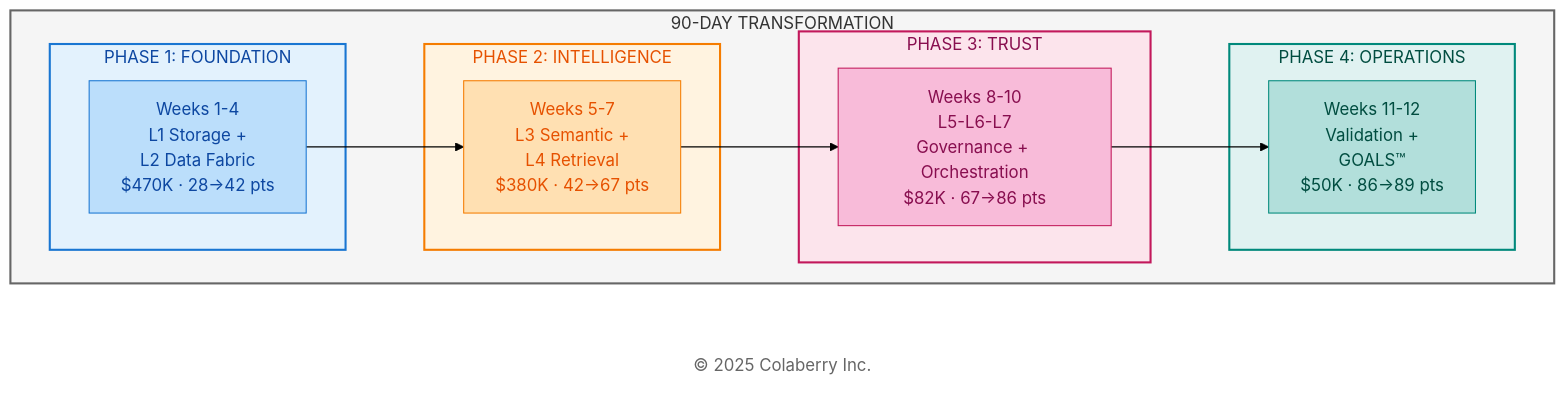
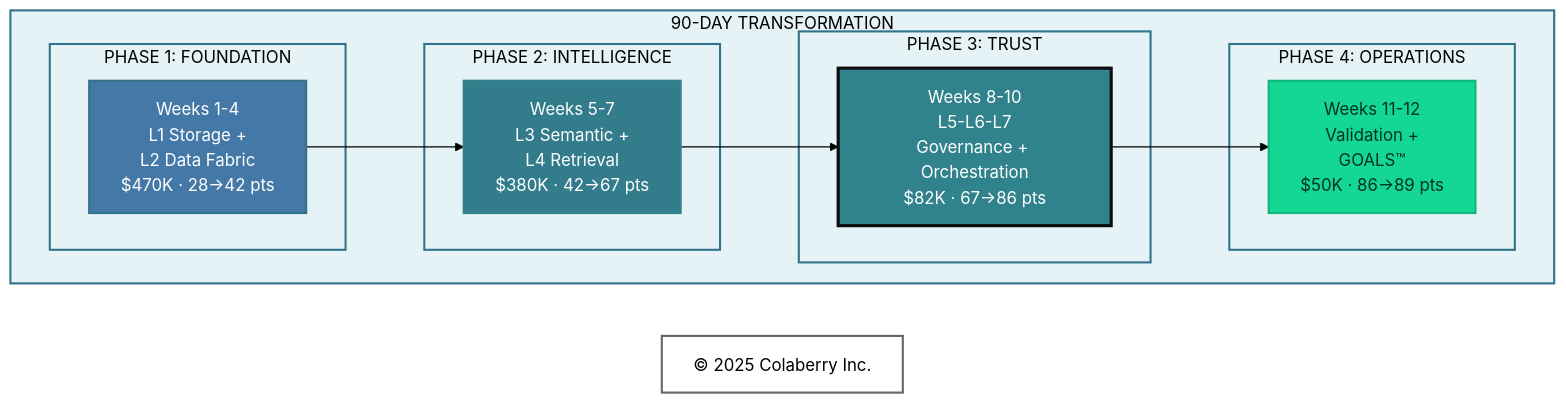
Before and after one commit to colaberry/trust-before-intelligence-book: the second of 7 diagrams in manuscript/11_chapter_10_week_by_week_implementation.md, drawn with Mermaid (forest theme). The commit also changed other lines of this file, not shown here.

Commit message:
Update mermaid diagrams as per new coloberry color and contrast ratio for chapter 11

````diff
--- a/manuscript/11_chapter_10_week_by_week_implementation.md
+++ b/manuscript/11_chapter_10_week_by_week_implementation.md
@@ -95,38 +95,38 @@
 ```mermaid
 
 graph LR
     subgraph JOURNEY["90-DAY TRANSFORMATION"]
         direction LR
         subgraph PHASE1["PHASE 1: FOUNDATION"]
             P1["Weeks 1-4<br/>L1 Storage +<br/> L2 Data Fabric<br/>$470K · 28→42 pts"]
         end
         
         subgraph PHASE2["PHASE 2: INTELLIGENCE"]
             P2["Weeks 5-7<br/>L3 Semantic +<br/> L4 Retrieval<br/>$380K · 42→67 pts"]
         end
         
         subgraph PHASE3["PHASE 3: TRUST"]
             P3["Weeks 8-10<br/>L5-L6-L7<br/>Governance + Orchestration<br/>$82K · 67→86 pts"]
         end
         
         subgraph PHASE4["PHASE 4: OPERATIONS"]
             P4["Weeks 11-12<br/>Validation +<br/> GOALS™<br/>$50K · 86→89 pts"]
         end
     end
     
     Copyright["© 2025 Colaberry Inc."]
     
     P1 --> P2 --> P3 --> P4
     
-    style JOURNEY fill:#f5f5f5,stroke:#666666,stroke-width:2px,color:#333333
-    style PHASE1 fill:#e3f2fd,stroke:#1976d2,stroke-width:2px,color:#0d47a1
-    style PHASE2 fill:#fff3e0,stroke:#f57c00,stroke-width:2px,color:#e65100
-    style PHASE3 fill:#fce4ec,stroke:#c2185b,stroke-width:2px,color:#880e4f
-    style PHASE4 fill:#e0f2f1,stroke:#00897b,stroke-width:2px,color:#004d40
-    style P1 fill:#bbdefb,stroke:#1976d2,color:#0d47a1
-    style P2 fill:#ffe0b2,stroke:#f57c00,color:#e65100
-    style P3 fill:#f8bbd9,stroke:#c2185b,color:#880e4f
-    style P4 fill:#b2dfdb,stroke:#00897b,color:#004d40
-    style Copyright fill:#ffffff,stroke:none,color:#666666
+    style JOURNEY fill:#E6F3F6,stroke:#32738C,stroke-width:2px,color:#000000
+    style PHASE1 fill:#E6F3F6,stroke:#32738C,stroke-width:2px,color:#000000
+    style PHASE2 fill:#E6F3F6,stroke:#32738C,stroke-width:2px,color:#000000
+    style PHASE3 fill:#E6F3F6,stroke:#32738C,stroke-width:2px,color:#000000
+    style PHASE4 fill:#E6F3F6,stroke:#32738C,stroke-width:2px,color:#000000
+    style P1 fill:#4478A6,stroke:#32738C,stroke-width:2px,color:#ffffff
+    style P2 fill:#327C8C,stroke:#30838C,stroke-width:2px,color:#ffffff
+    style P3 fill:#30838C,stroke:#0D0D0D,stroke-width:3px,color:#ffffff
+    style P4 fill:#14D793,stroke:#0FB67D,stroke-width:2px,color:#003322
+    style Copyright fill:#ffffff,stroke:#666666,stroke-width:2px,color:#000000
 
 ```
````
